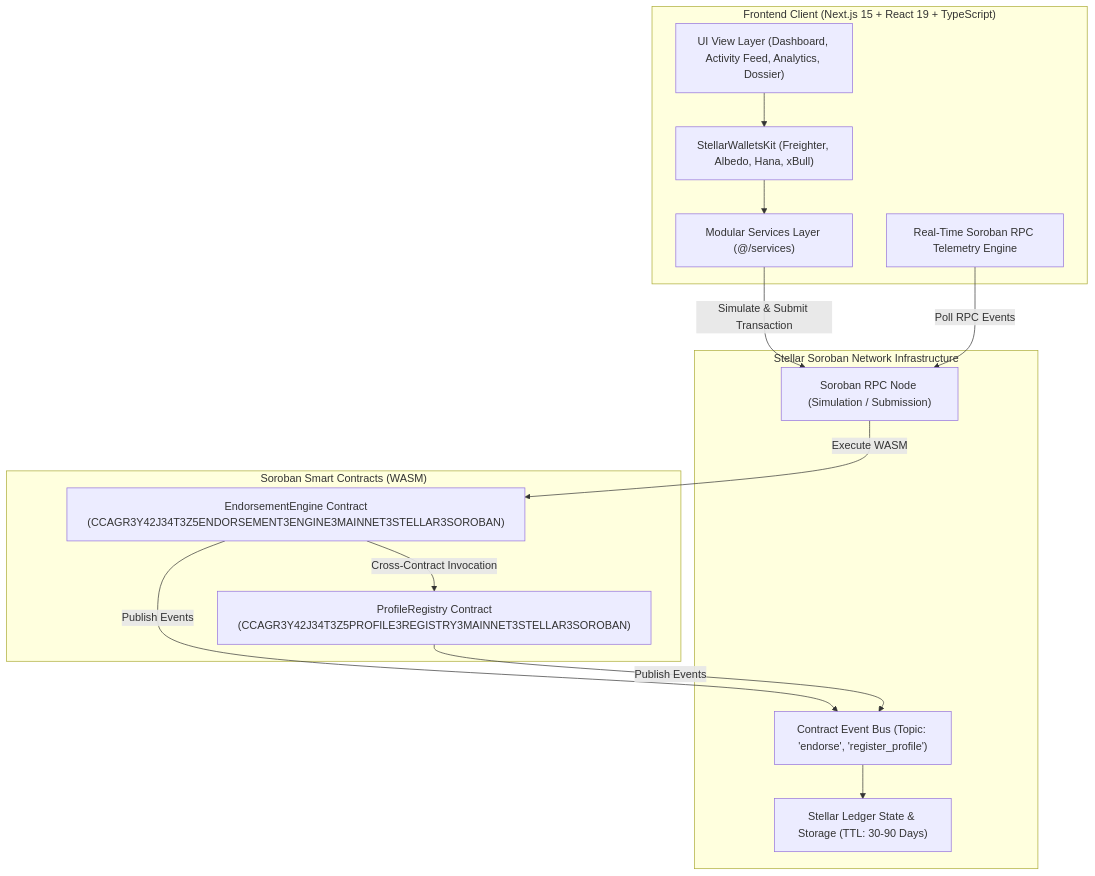
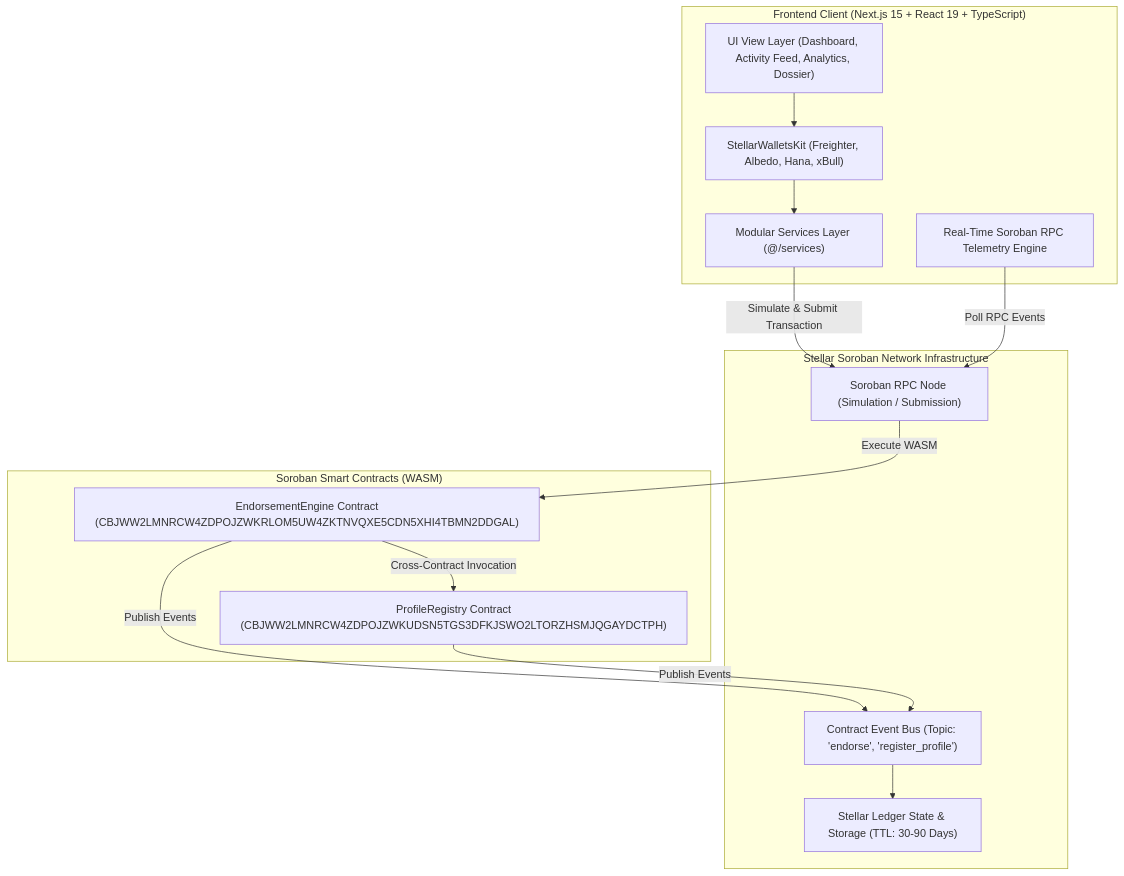
One commit to ashishh-tech/Stellar-Skill-Endorsement-Network changed the first of 2 diagrams in docs/TECHNICAL_SPECIFICATION.md. Above: the diagram before and after it, drawn with Mermaid. The commit also changed 7 other files, not shown here.

````diff
--- a/docs/TECHNICAL_SPECIFICATION.md
+++ b/docs/TECHNICAL_SPECIFICATION.md
@@ -11,30 +11,30 @@
 ```mermaid
 graph TB
     subgraph Client ["Frontend Client (Next.js 15 + React 19 + TypeScript)"]
         UI["UI View Layer (Dashboard, Activity Feed, Analytics, Dossier)"]
         WK["StellarWalletsKit (Freighter, Albedo, Hana, xBull)"]
         SVC["Modular Services Layer (@/services)"]
         RT["Real-Time Soroban RPC Telemetry Engine"]
     end
 
     subgraph StellarRPC ["Stellar Soroban Network Infrastructure"]
         RPC["Soroban RPC Node (Simulation / Submission)"]
         LEDGER["Stellar Ledger State & Storage (TTL: 30-90 Days)"]
         EVENTS["Contract Event Bus (Topic: 'endorse', 'register_profile')"]
     end
 
     subgraph SorobanContracts ["Soroban Smart Contracts (WASM)"]
-        PR["ProfileRegistry Contract\n(CCAGR3Y42J34T3Z5PROFILE3REGISTRY3MAINNET3STELLAR3SOROBAN)"]
-        EE["EndorsementEngine Contract\n(CCAGR3Y42J34T3Z5ENDORSEMENT3ENGINE3MAINNET3STELLAR3SOROBAN)"]
+        PR["ProfileRegistry Contract\n(CBJWW2LMNRCW4ZDPOJZWKUDSN5TGS3DFKJSWO2LTORZHSMJQGAYDCTPH)"]
+        EE["EndorsementEngine Contract\n(CBJWW2LMNRCW4ZDPOJZWKRLOM5UW4ZKTNVQXE5CDN5XHI4TBMN2DDGAL)"]
     end
 
     UI --> WK
     WK --> SVC
     SVC -->|Simulate & Submit Transaction| RPC
     RPC -->|Execute WASM| EE
     EE -->|Cross-Contract Invocation| PR
     EE -->|Publish Events| EVENTS
     PR -->|Publish Events| EVENTS
     EVENTS --> LEDGER
     RT -->|Poll RPC Events| RPC
 ```
````
